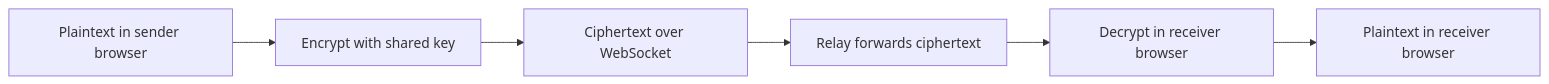
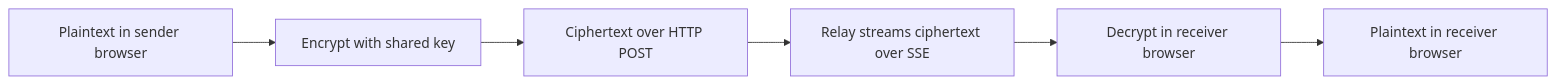
One commit to matthewlovestocode/e2echat changed the third of 3 diagrams in docs/how-to-run.md. Above: the diagram before and after it, drawn with Mermaid. The commit also changed other lines of this file and 19 other files, not shown here.

````diff
--- a/docs/how-to-run.md
+++ b/docs/how-to-run.md
@@ -174,11 +172,11 @@
 ```mermaid
 flowchart LR
   plain["Plaintext in sender browser"]
   encrypt["Encrypt with shared key"]
-  wire["Ciphertext over WebSocket"]
-  relay["Relay forwards ciphertext"]
+  wire["Ciphertext over HTTP POST"]
+  relay["Relay streams ciphertext over SSE"]
   decrypt["Decrypt in receiver browser"]
   readable["Plaintext in receiver browser"]
 
   plain --> encrypt --> wire --> relay --> decrypt --> readable
 ```
````
